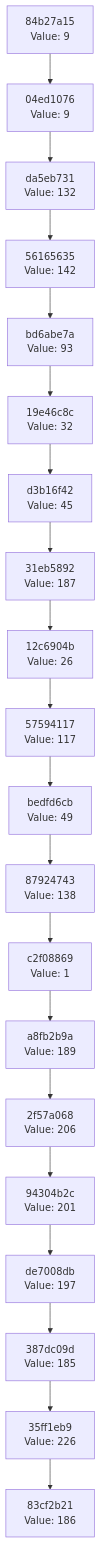
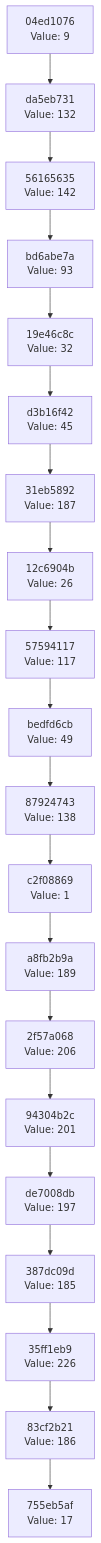
One commit to Abhisheksinha1506/hash-chain-evolver changed the diagram in docs/CHAIN_VISUALIZATION.md. Above: the diagram before and after it, drawn with Mermaid. The commit also changed 2 other files, not shown here.

Commit message:
Evolution step: hash 0x11 → action executed

````diff
--- a/docs/CHAIN_VISUALIZATION.md
+++ b/docs/CHAIN_VISUALIZATION.md
@@ -3,42 +3,42 @@
 ```mermaid
 graph TD
-    C0["83cf2b21<br/>Value: 186"]
-    C1["35ff1eb9<br/>Value: 226"]
+    C0["755eb5af<br/>Value: 17"]
+    C1["83cf2b21<br/>Value: 186"]
     C1 --> C0
-    C2["387dc09d<br/>Value: 185"]
+    C2["35ff1eb9<br/>Value: 226"]
     C2 --> C1
-    C3["de7008db<br/>Value: 197"]
+    C3["387dc09d<br/>Value: 185"]
     C3 --> C2
-    C4["94304b2c<br/>Value: 201"]
+    C4["de7008db<br/>Value: 197"]
     C4 --> C3
-    C5["2f57a068<br/>Value: 206"]
+    C5["94304b2c<br/>Value: 201"]
     C5 --> C4
-    C6["a8fb2b9a<br/>Value: 189"]
+    C6["2f57a068<br/>Value: 206"]
     C6 --> C5
-    C7["c2f08869<br/>Value: 1"]
+    C7["a8fb2b9a<br/>Value: 189"]
     C7 --> C6
-    C8["87924743<br/>Value: 138"]
+    C8["c2f08869<br/>Value: 1"]
     C8 --> C7
-    C9["bedfd6cb<br/>Value: 49"]
+    C9["87924743<br/>Value: 138"]
     C9 --> C8
-    C10["57594117<br/>Value: 117"]
+    C10["bedfd6cb<br/>Value: 49"]
     C10 --> C9
-    C11["12c6904b<br/>Value: 26"]
+    C11["57594117<br/>Value: 117"]
     C11 --> C10
-    C12["31eb5892<br/>Value: 187"]
+    C12["12c6904b<br/>Value: 26"]
     C12 --> C11
-    C13["d3b16f42<br/>Value: 45"]
+    C13["31eb5892<br/>Value: 187"]
     C13 --> C12
-    C14["19e46c8c<br/>Value: 32"]
+    C14["d3b16f42<br/>Value: 45"]
     C14 --> C13
-    C15["bd6abe7a<br/>Value: 93"]
+    C15["19e46c8c<br/>Value: 32"]
     C15 --> C14
-    C16["56165635<br/>Value: 142"]
+    C16["bd6abe7a<br/>Value: 93"]
     C16 --> C15
-    C17["da5eb731<br/>Value: 132"]
+    C17["56165635<br/>Value: 142"]
     C17 --> C16
-    C18["04ed1076<br/>Value: 9"]
+    C18["da5eb731<br/>Value: 132"]
     C18 --> C17
-    C19["84b27a15<br/>Value: 9"]
+    C19["04ed1076<br/>Value: 9"]
     C19 --> C18
 ```
````
